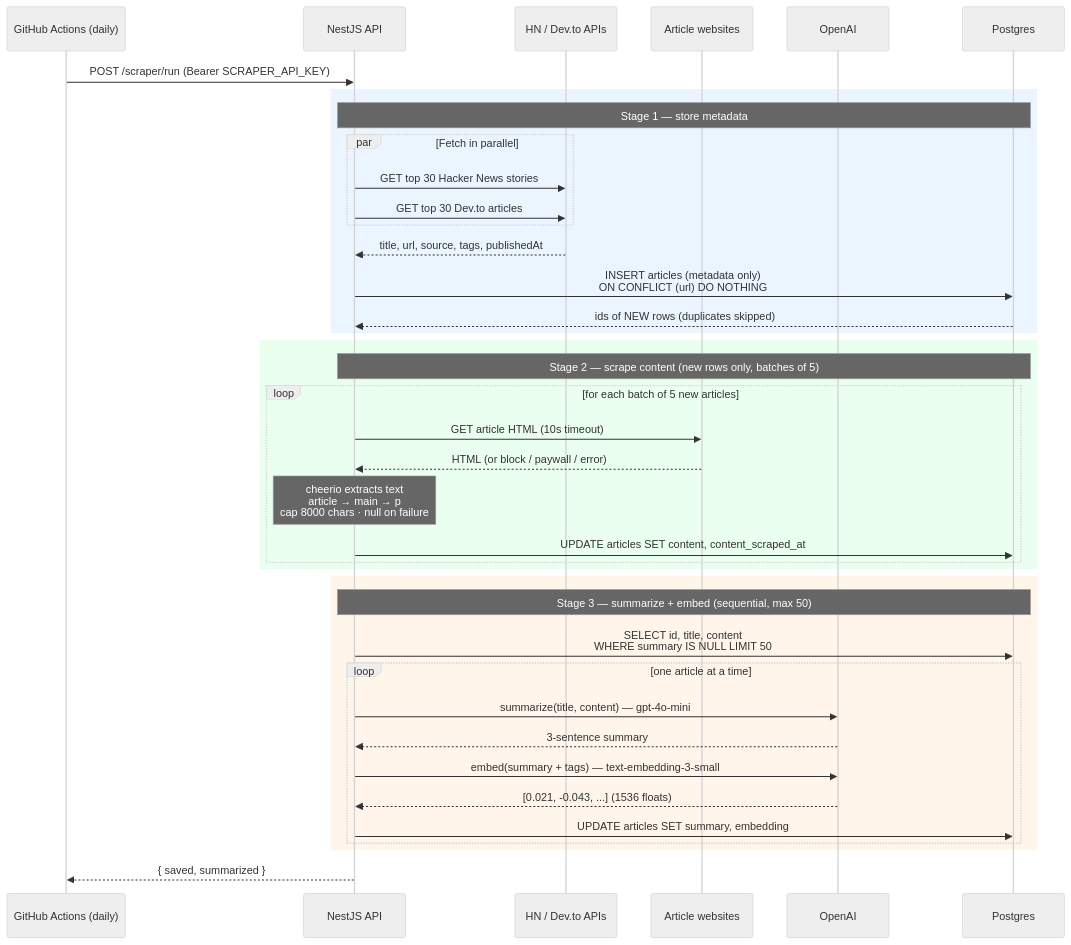
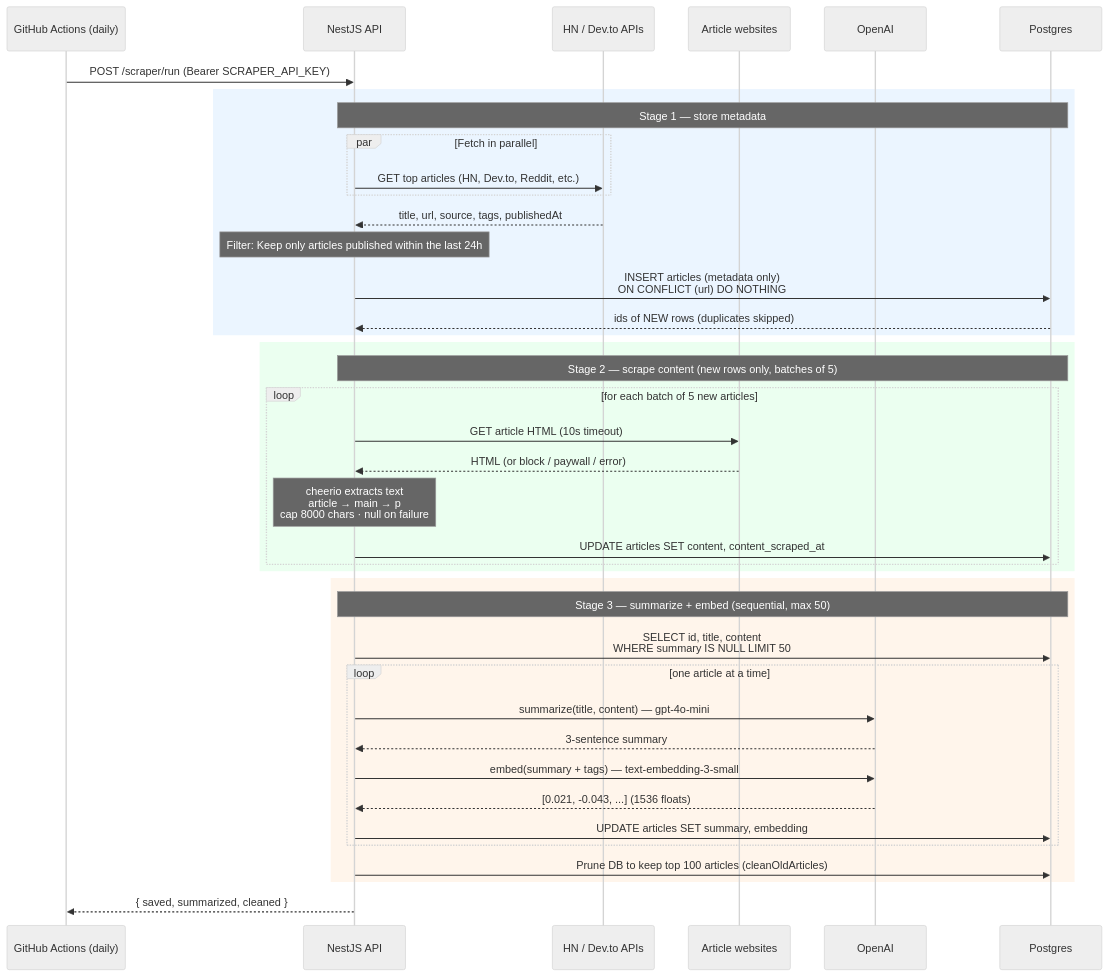
The second of 4 diagrams in README.md (johnvesslyalti/inferr), drawn with Mermaid (neutral theme) before and after one commit. The commit also changed other lines of this file, not shown here.

Commit message:
docs: update Ingestion Pipeline and Feed Flow sequence diagrams

````diff
--- a/README.md
+++ b/README.md
@@ -189,46 +189,47 @@
 ```mermaid
 sequenceDiagram
     participant Cron as GitHub Actions (daily)
     participant API as NestJS API
     participant Sources as HN / Dev.to APIs
     participant Sites as Article websites
     participant OpenAI
     participant DB as Postgres
 
     Cron->>API: POST /scraper/run (Bearer SCRAPER_API_KEY)
 
     rect rgb(235, 245, 255)
     Note over API,DB: Stage 1 — store metadata
     par Fetch in parallel
-        API->>Sources: GET top 30 Hacker News stories
-        API->>Sources: GET top 30 Dev.to articles
+        API->>Sources: GET top articles (HN, Dev.to, Reddit, etc.)
     end
     Sources-->>API: title, url, source, tags, publishedAt
+    Note over API: Filter: Keep only articles published within the last 24h
     API->>DB: INSERT articles (metadata only)<br/>ON CONFLICT (url) DO NOTHING
     DB-->>API: ids of NEW rows (duplicates skipped)
     end
 
     rect rgb(235, 255, 240)
     Note over API,DB: Stage 2 — scrape content (new rows only, batches of 5)
     loop for each batch of 5 new articles
         API->>Sites: GET article HTML (10s timeout)
         Sites-->>API: HTML (or block / paywall / error)
         Note over API: cheerio extracts text<br/>article → main → p<br/>cap 8000 chars · null on failure
         API->>DB: UPDATE articles SET content, content_scraped_at
     end
     end
 
     rect rgb(255, 245, 235)
     Note over API,DB: Stage 3 — summarize + embed (sequential, max 50)
     API->>DB: SELECT id, title, content<br/>WHERE summary IS NULL LIMIT 50
     loop one article at a time
         API->>OpenAI: summarize(title, content) — gpt-4o-mini
         OpenAI-->>API: 3-sentence summary
         API->>OpenAI: embed(summary + tags) — text-embedding-3-small
         OpenAI-->>API: [0.021, -0.043, ...] (1536 floats)
         API->>DB: UPDATE articles SET summary, embedding
     end
+    API->>DB: Prune DB to keep top 100 articles (cleanOldArticles)
     end
 
-    API-->>Cron: { saved, summarized }
+    API-->>Cron: { saved, summarized, cleaned }
 ```
````
